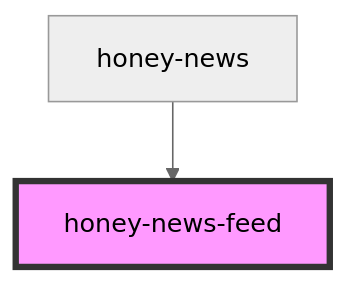
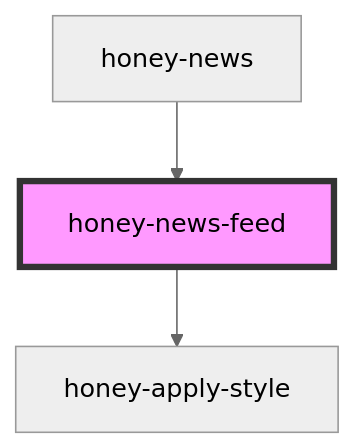
One commit to Huluvu424242/honey-news changed the diagram in src/components/honey-news/news/readme.md. Above: the diagram before and after it, drawn with Mermaid (neutral theme). The commit also changed other lines of this file and 21 other files, not shown here.

````diff
--- a/src/components/honey-news/news/readme.md
+++ b/src/components/honey-news/news/readme.md
@@ -36,5 +40,6 @@
 ```mermaid
 graph TD;
+  honey-news-feed --> honey-apply-style
   honey-news --> honey-news-feed
   style honey-news-feed fill:#f9f,stroke:#333,stroke-width:4px
 ```
````
